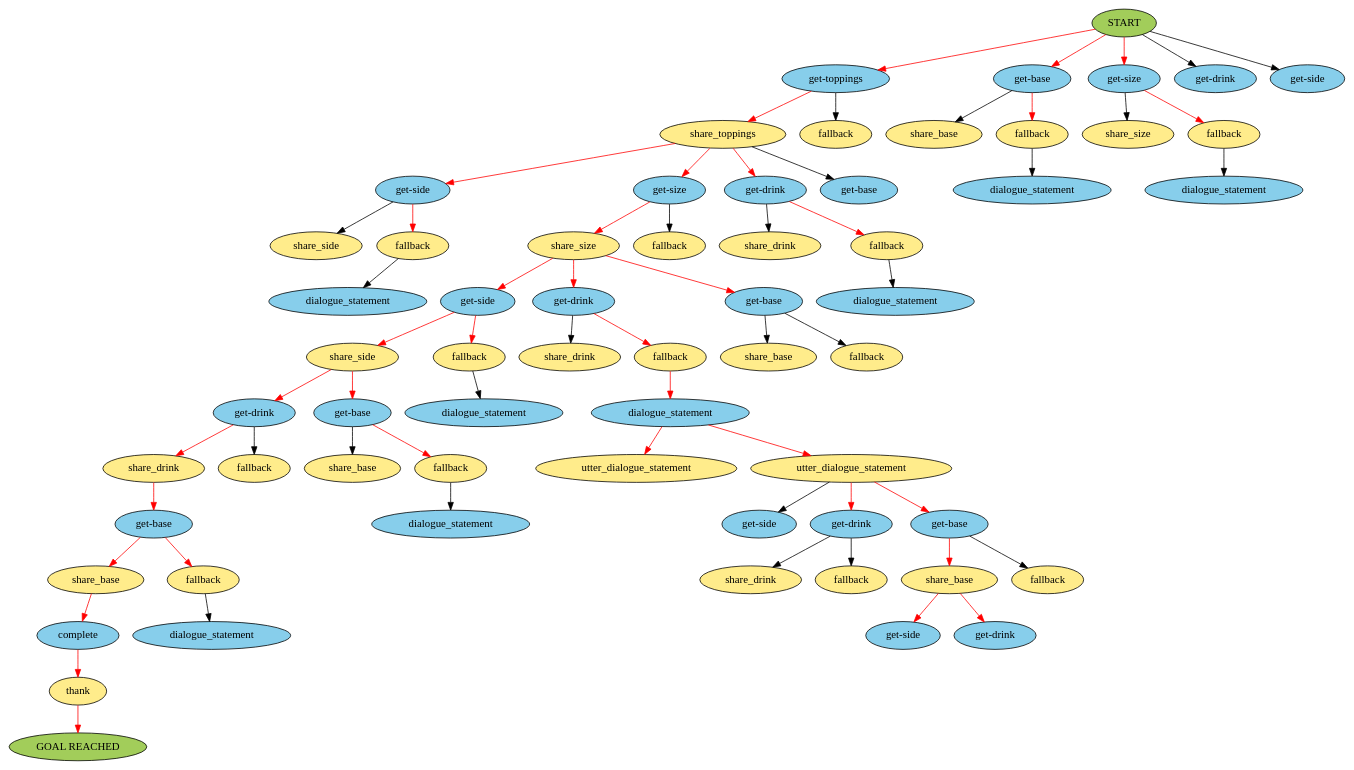
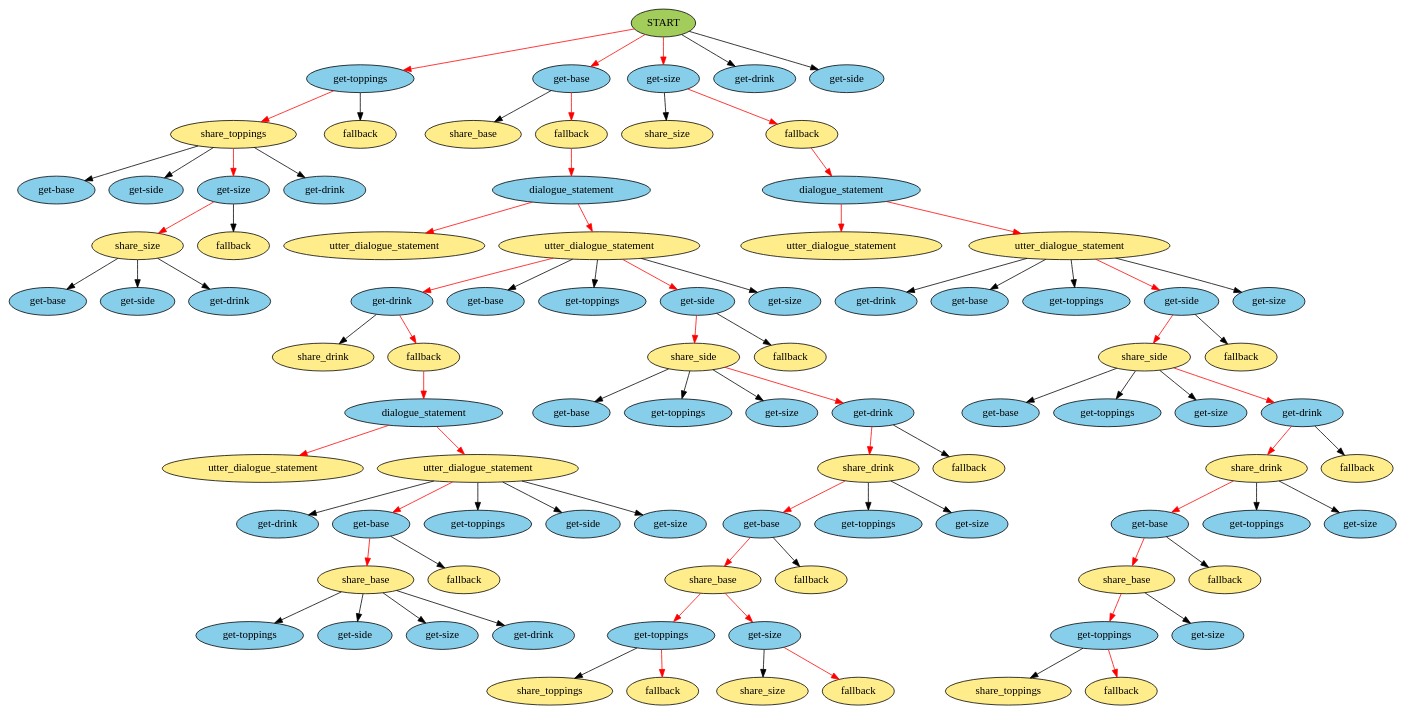
The diagram in beam_search.gv (IBM/contingent-plan-executor), drawn with Graphviz before and after one commit. The commit also changed 4 other files, not shown here.

```diff
--- a/beam_search.gv
+++ b/beam_search.gv
@@ -1,125 +1,179 @@
 digraph {
 	0 [label=START fillcolor=darkolivegreen3 style=filled]
 	1 [label="get-toppings" fillcolor=skyblue style=filled]
 	0 -> 1 [color=red]
 	2 [label="get-base" fillcolor=skyblue style=filled]
 	0 -> 2 [color=red]
 	3 [label="get-size" fillcolor=skyblue style=filled]
 	0 -> 3 [color=red]
 	4 [label="get-drink" fillcolor=skyblue style=filled]
 	0 -> 4 [color=black]
 	5 [label="get-side" fillcolor=skyblue style=filled]
 	0 -> 5 [color=black]
 	6 [label=share_toppings fillcolor=lightgoldenrod1 style=filled]
 	1 -> 6 [color=red]
 	7 [label=fallback fillcolor=lightgoldenrod1 style=filled]
 	1 -> 7 [color=black]
 	8 [label=share_base fillcolor=lightgoldenrod1 style=filled]
 	2 -> 8 [color=black]
 	9 [label=fallback fillcolor=lightgoldenrod1 style=filled]
 	2 -> 9 [color=red]
 	10 [label=share_size fillcolor=lightgoldenrod1 style=filled]
 	3 -> 10 [color=black]
 	11 [label=fallback fillcolor=lightgoldenrod1 style=filled]
 	3 -> 11 [color=red]
-	12 [label="get-side" fillcolor=skyblue style=filled]
-	6 -> 12 [color=red]
-	13 [label="get-size" fillcolor=skyblue style=filled]
-	6 -> 13 [color=red]
-	14 [label="get-drink" fillcolor=skyblue style=filled]
+	12 [label="get-base" fillcolor=skyblue style=filled]
+	6 -> 12 [color=black]
+	13 [label="get-side" fillcolor=skyblue style=filled]
+	6 -> 13 [color=black]
+	14 [label="get-size" fillcolor=skyblue style=filled]
 	6 -> 14 [color=red]
-	15 [label="get-base" fillcolor=skyblue style=filled]
+	15 [label="get-drink" fillcolor=skyblue style=filled]
 	6 -> 15 [color=black]
 	16 [label=dialogue_statement fillcolor=skyblue style=filled]
-	9 -> 16 [color=black]
+	9 -> 16 [color=red]
 	17 [label=dialogue_statement fillcolor=skyblue style=filled]
-	11 -> 17 [color=black]
-	18 [label=share_size fillcolor=lightgoldenrod1 style=filled]
-	13 -> 18 [color=red]
-	19 [label=fallback fillcolor=lightgoldenrod1 style=filled]
-	13 -> 19 [color=black]
-	20 [label=share_side fillcolor=lightgoldenrod1 style=filled]
-	12 -> 20 [color=black]
-	21 [label=fallback fillcolor=lightgoldenrod1 style=filled]
-	12 -> 21 [color=red]
-	22 [label=share_drink fillcolor=lightgoldenrod1 style=filled]
-	14 -> 22 [color=black]
+	11 -> 17 [color=red]
+	18 [label=utter_dialogue_statement fillcolor=lightgoldenrod1 style=filled]
+	16 -> 18 [color=red]
+	19 [label=utter_dialogue_statement fillcolor=lightgoldenrod1 style=filled]
+	17 -> 19 [color=red]
+	20 [label=utter_dialogue_statement fillcolor=lightgoldenrod1 style=filled]
+	16 -> 20 [color=red]
+	21 [label=utter_dialogue_statement fillcolor=lightgoldenrod1 style=filled]
+	17 -> 21 [color=red]
+	22 [label=share_size fillcolor=lightgoldenrod1 style=filled]
+	14 -> 22 [color=red]
 	23 [label=fallback fillcolor=lightgoldenrod1 style=filled]
-	14 -> 23 [color=red]
-	24 [label="get-side" fillcolor=skyblue style=filled]
-	18 -> 24 [color=red]
-	25 [label="get-drink" fillcolor=skyblue style=filled]
-	18 -> 25 [color=red]
-	26 [label="get-base" fillcolor=skyblue style=filled]
-	18 -> 26 [color=red]
-	27 [label=dialogue_statement fillcolor=skyblue style=filled]
-	21 -> 27 [color=black]
-	28 [label=dialogue_statement fillcolor=skyblue style=filled]
-	23 -> 28 [color=black]
-	29 [label=share_side fillcolor=lightgoldenrod1 style=filled]
-	24 -> 29 [color=red]
-	30 [label=fallback fillcolor=lightgoldenrod1 style=filled]
-	24 -> 30 [color=red]
-	31 [label=share_drink fillcolor=lightgoldenrod1 style=filled]
-	25 -> 31 [color=black]
-	32 [label=fallback fillcolor=lightgoldenrod1 style=filled]
-	25 -> 32 [color=red]
-	33 [label=share_base fillcolor=lightgoldenrod1 style=filled]
-	26 -> 33 [color=black]
-	34 [label=fallback fillcolor=lightgoldenrod1 style=filled]
-	26 -> 34 [color=black]
-	35 [label="get-drink" fillcolor=skyblue style=filled]
-	29 -> 35 [color=red]
-	36 [label="get-base" fillcolor=skyblue style=filled]
-	29 -> 36 [color=red]
-	37 [label=dialogue_statement fillcolor=skyblue style=filled]
-	32 -> 37 [color=red]
-	38 [label=dialogue_statement fillcolor=skyblue style=filled]
-	30 -> 38 [color=black]
-	39 [label=utter_dialogue_statement fillcolor=lightgoldenrod1 style=filled]
-	37 -> 39 [color=red]
-	40 [label=share_drink fillcolor=lightgoldenrod1 style=filled]
-	35 -> 40 [color=red]
-	41 [label=fallback fillcolor=lightgoldenrod1 style=filled]
-	35 -> 41 [color=black]
-	42 [label=share_base fillcolor=lightgoldenrod1 style=filled]
-	36 -> 42 [color=black]
-	43 [label=fallback fillcolor=lightgoldenrod1 style=filled]
-	36 -> 43 [color=red]
-	44 [label=utter_dialogue_statement fillcolor=lightgoldenrod1 style=filled]
-	37 -> 44 [color=red]
-	45 [label="get-base" fillcolor=skyblue style=filled]
-	40 -> 45 [color=red]
-	46 [label="get-side" fillcolor=skyblue style=filled]
-	44 -> 46 [color=black]
-	47 [label="get-drink" fillcolor=skyblue style=filled]
-	44 -> 47 [color=red]
-	48 [label="get-base" fillcolor=skyblue style=filled]
-	44 -> 48 [color=red]
-	49 [label=dialogue_statement fillcolor=skyblue style=filled]
-	43 -> 49 [color=black]
-	50 [label=share_base fillcolor=lightgoldenrod1 style=filled]
-	45 -> 50 [color=red]
-	51 [label=fallback fillcolor=lightgoldenrod1 style=filled]
-	45 -> 51 [color=red]
-	52 [label=share_base fillcolor=lightgoldenrod1 style=filled]
-	48 -> 52 [color=red]
-	53 [label=fallback fillcolor=lightgoldenrod1 style=filled]
-	48 -> 53 [color=black]
+	14 -> 23 [color=black]
+	24 [label="get-drink" fillcolor=skyblue style=filled]
+	20 -> 24 [color=red]
+	25 [label="get-base" fillcolor=skyblue style=filled]
+	20 -> 25 [color=black]
+	26 [label="get-toppings" fillcolor=skyblue style=filled]
+	20 -> 26 [color=black]
+	27 [label="get-side" fillcolor=skyblue style=filled]
+	20 -> 27 [color=red]
+	28 [label="get-size" fillcolor=skyblue style=filled]
+	20 -> 28 [color=black]
+	29 [label="get-drink" fillcolor=skyblue style=filled]
+	21 -> 29 [color=black]
+	30 [label="get-base" fillcolor=skyblue style=filled]
+	21 -> 30 [color=black]
+	31 [label="get-toppings" fillcolor=skyblue style=filled]
+	21 -> 31 [color=black]
+	32 [label="get-side" fillcolor=skyblue style=filled]
+	21 -> 32 [color=red]
+	33 [label="get-size" fillcolor=skyblue style=filled]
+	21 -> 33 [color=black]
+	34 [label="get-base" fillcolor=skyblue style=filled]
+	22 -> 34 [color=black]
+	35 [label="get-side" fillcolor=skyblue style=filled]
+	22 -> 35 [color=black]
+	36 [label="get-drink" fillcolor=skyblue style=filled]
+	22 -> 36 [color=black]
+	37 [label=share_side fillcolor=lightgoldenrod1 style=filled]
+	27 -> 37 [color=red]
+	38 [label=fallback fillcolor=lightgoldenrod1 style=filled]
+	27 -> 38 [color=black]
+	39 [label=share_side fillcolor=lightgoldenrod1 style=filled]
+	32 -> 39 [color=red]
+	40 [label=fallback fillcolor=lightgoldenrod1 style=filled]
+	32 -> 40 [color=black]
+	41 [label=share_drink fillcolor=lightgoldenrod1 style=filled]
+	24 -> 41 [color=black]
+	42 [label=fallback fillcolor=lightgoldenrod1 style=filled]
+	24 -> 42 [color=red]
+	43 [label="get-base" fillcolor=skyblue style=filled]
+	37 -> 43 [color=black]
+	44 [label="get-toppings" fillcolor=skyblue style=filled]
+	37 -> 44 [color=black]
+	45 [label="get-size" fillcolor=skyblue style=filled]
+	37 -> 45 [color=black]
+	46 [label="get-drink" fillcolor=skyblue style=filled]
+	37 -> 46 [color=red]
+	47 [label="get-base" fillcolor=skyblue style=filled]
+	39 -> 47 [color=black]
+	48 [label="get-toppings" fillcolor=skyblue style=filled]
+	39 -> 48 [color=black]
+	49 [label="get-size" fillcolor=skyblue style=filled]
+	39 -> 49 [color=black]
+	50 [label="get-drink" fillcolor=skyblue style=filled]
+	39 -> 50 [color=red]
+	51 [label=dialogue_statement fillcolor=skyblue style=filled]
+	42 -> 51 [color=red]
+	52 [label=utter_dialogue_statement fillcolor=lightgoldenrod1 style=filled]
+	51 -> 52 [color=red]
+	53 [label=utter_dialogue_statement fillcolor=lightgoldenrod1 style=filled]
+	51 -> 53 [color=red]
 	54 [label=share_drink fillcolor=lightgoldenrod1 style=filled]
-	47 -> 54 [color=black]
+	46 -> 54 [color=red]
 	55 [label=fallback fillcolor=lightgoldenrod1 style=filled]
-	47 -> 55 [color=black]
-	56 [label=complete fillcolor=skyblue style=filled]
+	46 -> 55 [color=black]
+	56 [label=share_drink fillcolor=lightgoldenrod1 style=filled]
 	50 -> 56 [color=red]
-	57 [label="get-side" fillcolor=skyblue style=filled]
-	52 -> 57 [color=red]
+	57 [label=fallback fillcolor=lightgoldenrod1 style=filled]
+	50 -> 57 [color=black]
 	58 [label="get-drink" fillcolor=skyblue style=filled]
-	52 -> 58 [color=red]
-	59 [label=dialogue_statement fillcolor=skyblue style=filled]
-	51 -> 59 [color=black]
-	60 [label=thank fillcolor=lightgoldenrod1 style=filled]
-	56 -> 60 [color=red]
-	61 [label="GOAL REACHED" fillcolor=darkolivegreen3 style=filled]
-	60 -> 61 [color=red]
+	53 -> 58 [color=black]
+	59 [label="get-base" fillcolor=skyblue style=filled]
+	53 -> 59 [color=red]
+	60 [label="get-toppings" fillcolor=skyblue style=filled]
+	53 -> 60 [color=black]
+	61 [label="get-side" fillcolor=skyblue style=filled]
+	53 -> 61 [color=black]
+	62 [label="get-size" fillcolor=skyblue style=filled]
+	53 -> 62 [color=black]
+	63 [label="get-base" fillcolor=skyblue style=filled]
+	54 -> 63 [color=red]
+	64 [label="get-toppings" fillcolor=skyblue style=filled]
+	54 -> 64 [color=black]
+	65 [label="get-size" fillcolor=skyblue style=filled]
+	54 -> 65 [color=black]
+	66 [label="get-base" fillcolor=skyblue style=filled]
+	56 -> 66 [color=red]
+	67 [label="get-toppings" fillcolor=skyblue style=filled]
+	56 -> 67 [color=black]
+	68 [label="get-size" fillcolor=skyblue style=filled]
+	56 -> 68 [color=black]
+	69 [label=share_base fillcolor=lightgoldenrod1 style=filled]
+	59 -> 69 [color=red]
+	70 [label=fallback fillcolor=lightgoldenrod1 style=filled]
+	59 -> 70 [color=black]
+	71 [label=share_base fillcolor=lightgoldenrod1 style=filled]
+	63 -> 71 [color=red]
+	72 [label=fallback fillcolor=lightgoldenrod1 style=filled]
+	63 -> 72 [color=black]
+	73 [label=share_base fillcolor=lightgoldenrod1 style=filled]
+	66 -> 73 [color=red]
+	74 [label=fallback fillcolor=lightgoldenrod1 style=filled]
+	66 -> 74 [color=black]
+	75 [label="get-toppings" fillcolor=skyblue style=filled]
+	69 -> 75 [color=black]
+	76 [label="get-side" fillcolor=skyblue style=filled]
+	69 -> 76 [color=black]
+	77 [label="get-size" fillcolor=skyblue style=filled]
+	69 -> 77 [color=black]
+	78 [label="get-drink" fillcolor=skyblue style=filled]
+	69 -> 78 [color=black]
+	79 [label="get-toppings" fillcolor=skyblue style=filled]
+	71 -> 79 [color=red]
+	80 [label="get-size" fillcolor=skyblue style=filled]
+	71 -> 80 [color=red]
+	81 [label="get-toppings" fillcolor=skyblue style=filled]
+	73 -> 81 [color=red]
+	82 [label="get-size" fillcolor=skyblue style=filled]
+	73 -> 82 [color=black]
+	83 [label=share_toppings fillcolor=lightgoldenrod1 style=filled]
+	79 -> 83 [color=black]
+	84 [label=fallback fillcolor=lightgoldenrod1 style=filled]
+	79 -> 84 [color=red]
+	85 [label=share_size fillcolor=lightgoldenrod1 style=filled]
+	80 -> 85 [color=black]
+	86 [label=fallback fillcolor=lightgoldenrod1 style=filled]
+	80 -> 86 [color=red]
+	87 [label=share_toppings fillcolor=lightgoldenrod1 style=filled]
+	81 -> 87 [color=black]
+	88 [label=fallback fillcolor=lightgoldenrod1 style=filled]
+	81 -> 88 [color=red]
 }
```
